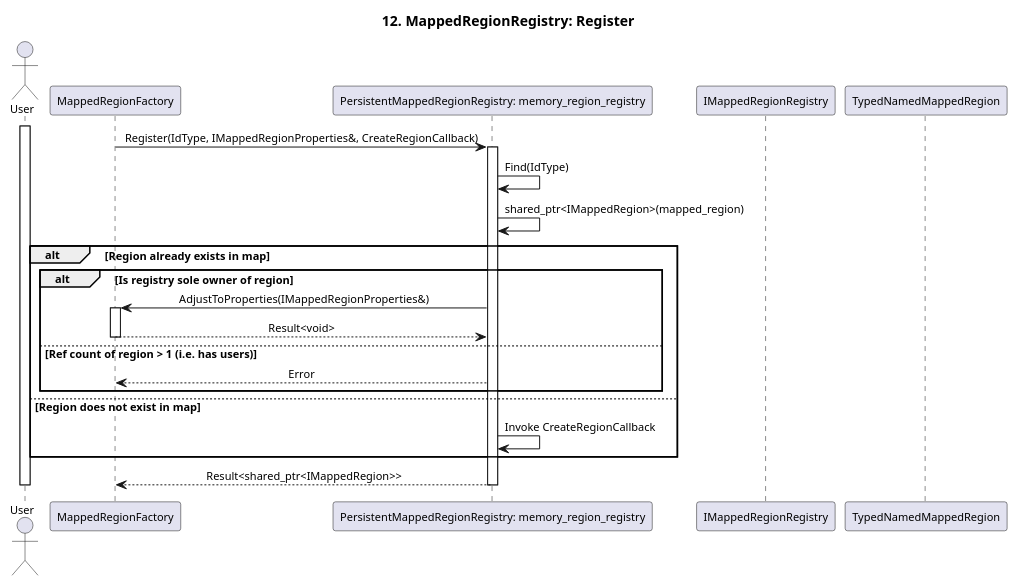
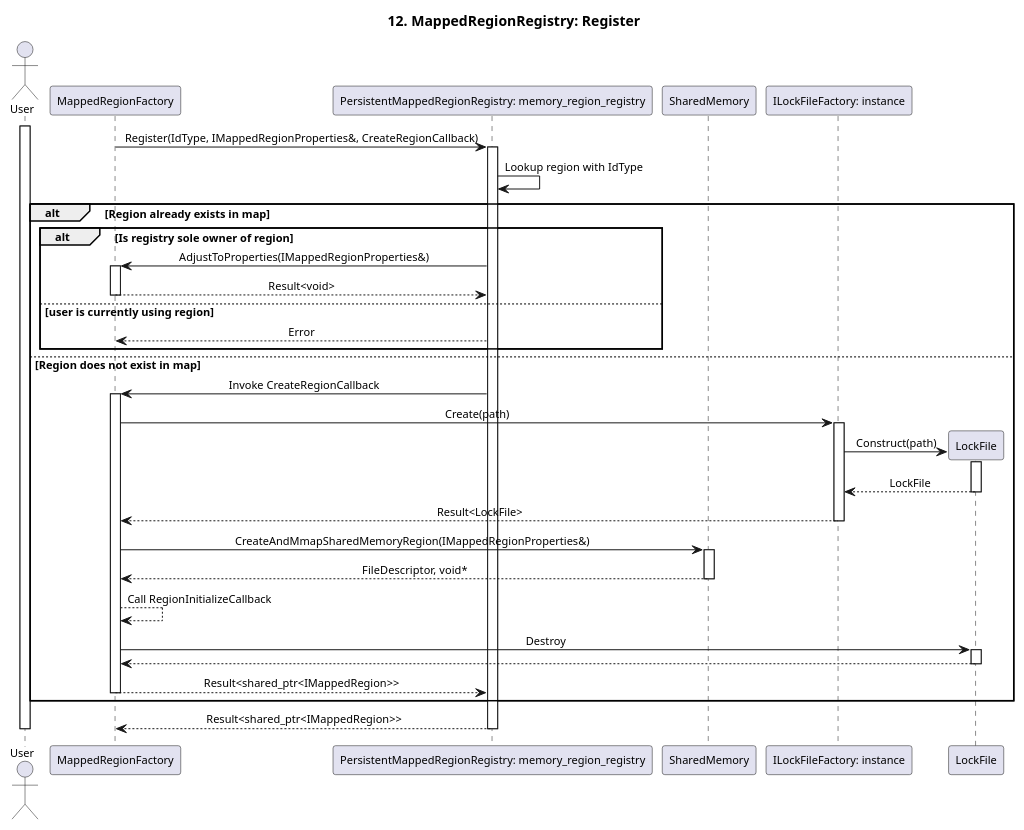
The diagram in score/memory/shared/design/redesign_proposal/assets/seq_12_persistent_mapped_region_registry_register.puml (eclipse-score/communication), drawn with PlantUML before and after one commit. The commit also changed 10 other files, not shown here.

```diff
--- a/score/memory/shared/design/redesign_proposal/assets/seq_12_persistent_mapped_region_registry_register.puml
+++ b/score/memory/shared/design/redesign_proposal/assets/seq_12_persistent_mapped_region_registry_register.puml
@@ -1,45 +1,76 @@
 @startuml seq_12_mapped_region_registry_register
 title 12. MappedRegionRegistry: Register
 skinparam defaultFontSize 11
 skinparam sequenceMessageAlign center
 
 actor "User" as User
 participant "MappedRegionFactory" as memory_region_factory
 participant "PersistentMappedRegionRegistry: memory_region_registry" as persistent_memory_region_registry
-participant "IMappedRegionRegistry" as i_memory_region_registry
-participant "TypedNamedMappedRegion" as mapped_region
+participant "SharedMemory" as shared_memory
+participant "ILockFileFactory: instance" as i_lock_file_factory
+participant "LockFile" as lock_file
 
 activate User
 
 memory_region_factory -> persistent_memory_region_registry : Register(IdType, IMappedRegionProperties&, CreateRegionCallback)
 activate persistent_memory_region_registry
 
-persistent_memory_region_registry -> persistent_memory_region_registry : Find(IdType)
-
-persistent_memory_region_registry -> persistent_memory_region_registry : shared_ptr<IMappedRegion>(mapped_region)
+persistent_memory_region_registry -> persistent_memory_region_registry : Lookup region with IdType
 
 alt Region already exists in map
 
     alt Is registry sole owner of region
         persistent_memory_region_registry -> memory_region_factory : AdjustToProperties(IMappedRegionProperties&)
         activate memory_region_factory
 
         memory_region_factory --> persistent_memory_region_registry : Result<void>
         deactivate memory_region_factory
         
-    else Ref count of region > 1 (i.e. has users)
+    else user is currently using region
         persistent_memory_region_registry --> memory_region_factory : Error
     end
 
 else Region does not exist in map
-    persistent_memory_region_registry -> persistent_memory_region_registry : Invoke CreateRegionCallback
+    persistent_memory_region_registry -> memory_region_factory : Invoke CreateRegionCallback
+    activate memory_region_factory
+
+    memory_region_factory -> i_lock_file_factory : Create(path)
+    activate i_lock_file_factory
+
+    Create lock_file
+    i_lock_file_factory -> lock_file : Construct(path)
+    activate lock_file
+
+    lock_file --> i_lock_file_factory : LockFile
+    deactivate lock_file
+
+    i_lock_file_factory --> memory_region_factory : Result<LockFile>
+    deactivate i_lock_file_factory
+
+    memory_region_factory -> shared_memory : CreateAndMmapSharedMemoryRegion(IMappedRegionProperties&)
+    activate shared_memory
+
+    shared_memory --> memory_region_factory : FileDescriptor, void*
+    deactivate shared_memory
+
+    memory_region_factory --> memory_region_factory : Call RegionInitializeCallback
+    
+    memory_region_factory -> lock_file : Destroy
+    activate lock_file
+
+    lock_file --> memory_region_factory
+    deactivate lock_file
+
+    memory_region_factory --> persistent_memory_region_registry : Result<shared_ptr<IMappedRegion>>
+    deactivate memory_region_factory
+
+    ' persistent_memory_region_registry -> memory_region_factory : Pass FileDescriptor, void*
 end
 
 persistent_memory_region_registry --> memory_region_factory : Result<shared_ptr<IMappedRegion>>
 deactivate persistent_memory_region_registry
 
-
 deactivate memory_region_factory
 deactivate User
 
 @enduml
```
